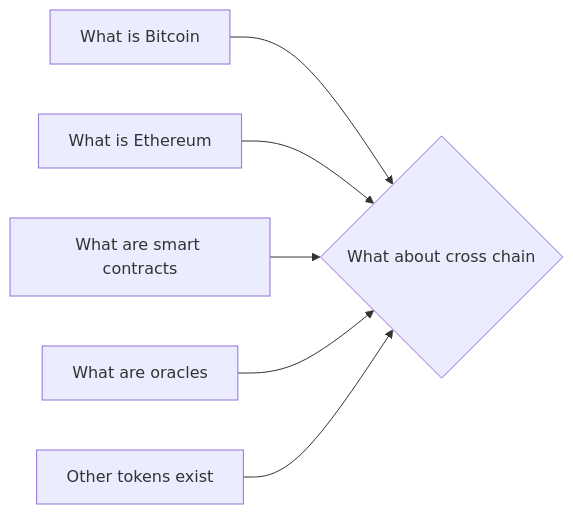
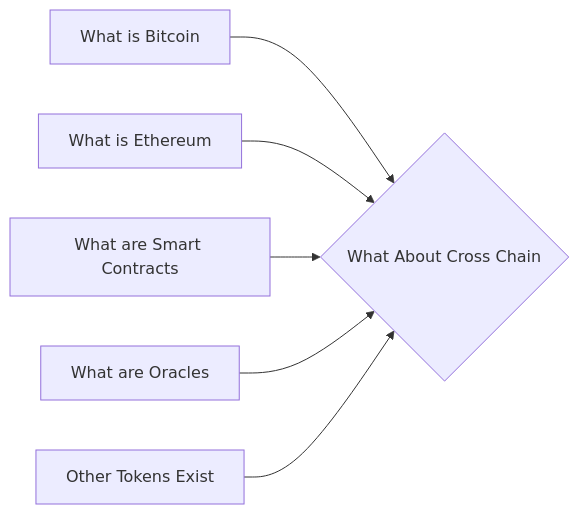
One commit to lpurdy01/crypto-knowledge-map changed the diagram in notes/What_About_Cross_Chain.md. Above: the diagram before and after it, drawn with Mermaid. The commit also changed 50 other files, not shown here.

````diff
--- a/notes/What_About_Cross_Chain.md
+++ b/notes/What_About_Cross_Chain.md
@@ -18,8 +18,8 @@
 ```mermaid
 graph LR
-1["What is Bitcoin"]-->0{"What about cross chain"}
-2["What is Ethereum"]-->0{"What about cross chain"}
-3["What are smart contracts"]-->0{"What about cross chain"}
-4["What are oracles"]-->0{"What about cross chain"}
-5["Other tokens exist"]-->0{"What about cross chain"}
+1["What is Bitcoin"]-->0{"What About Cross Chain"}
+2["What is Ethereum"]-->0{"What About Cross Chain"}
+3["What are Smart Contracts"]-->0{"What About Cross Chain"}
+4["What are Oracles"]-->0{"What About Cross Chain"}
+5["Other Tokens Exist"]-->0{"What About Cross Chain"}
 ```
````
